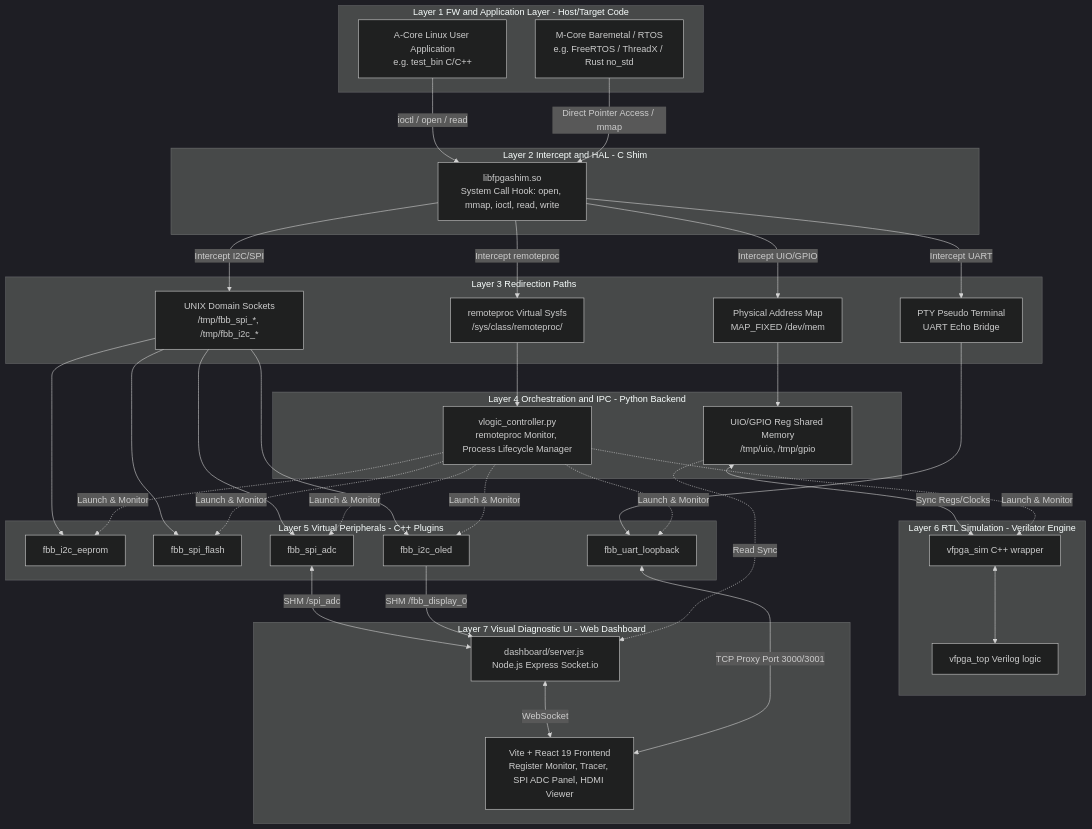
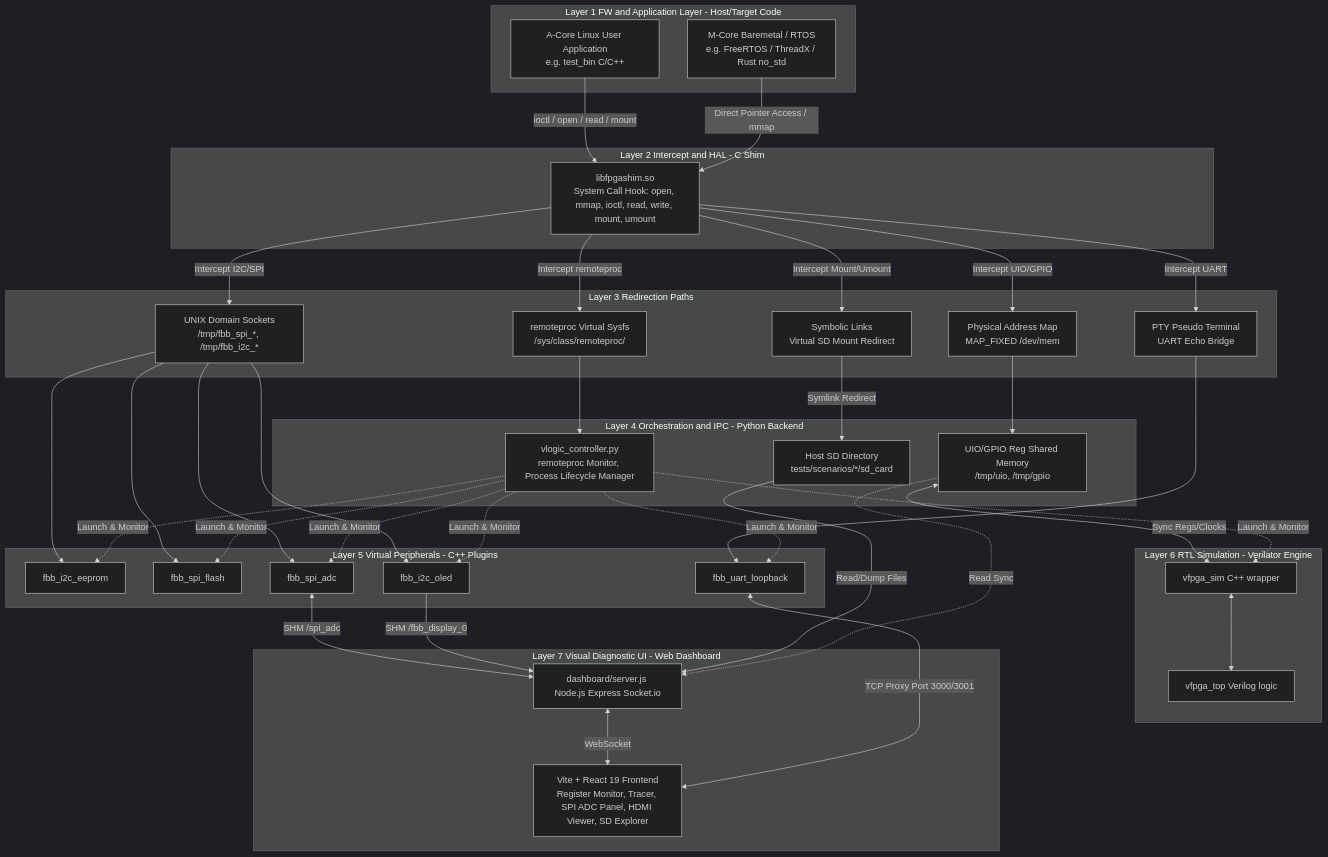
The diagram in ARCHITECTURE_MANIFEST.md (sirosiro/FPGA-BoardlessBench), drawn with Mermaid (dark theme) before and after one commit. The commit also changed 14 other files, not shown here.

First line of the commit message:
feat: Add virtual SD card support and update related files

````diff
--- a/ARCHITECTURE_MANIFEST.md
+++ b/ARCHITECTURE_MANIFEST.md
@@ -88,73 +88,78 @@
 ```mermaid
 graph TD
     %% 1. FW Layer
     subgraph FW_Layer["Layer 1 FW and Application Layer - Host/Target Code"]
         ACore["A-Core Linux User Application<br/>e.g. test_bin C/C++"]
         MCore["M-Core Baremetal / RTOS<br/>e.g. FreeRTOS / ThreadX / Rust no_std"]
     end
 
     %% 2. Shim Layer
     subgraph Shim_Layer["Layer 2 Intercept and HAL - C Shim"]
-        Shim["libfpgashim.so<br/>System Call Hook: open, mmap, ioctl, read, write"]
+        Shim["libfpgashim.so<br/>System Call Hook: open, mmap, ioctl, read, write, mount, umount"]
     end
-
+ 
     %% 3. Communication/Redirection
     subgraph Rel_Layer["Layer 3 Redirection Paths"]
         Path_MEM["Physical Address Map<br/>MAP_FIXED /dev/mem"]
         Path_Sock["UNIX Domain Sockets<br/>/tmp/fbb_spi_*, /tmp/fbb_i2c_*"]
         Path_PTY["PTY Pseudo Terminal<br/>UART Echo Bridge"]
         Path_Remoteproc["remoteproc Virtual Sysfs<br/>/sys/class/remoteproc/"]
+        Path_Symlink["Symbolic Links<br/>Virtual SD Mount Redirect"]
     end
-
+ 
     %% 4. Control & IPC Layer
     subgraph Control_Layer["Layer 4 Orchestration and IPC - Python Backend"]
         SHM_UIO["UIO/GPIO Reg Shared Memory<br/>/tmp/uio, /tmp/gpio"]
         Controller["vlogic_controller.py<br/>remoteproc Monitor, Process Lifecycle Manager"]
+        SD_Dir["Host SD Directory<br/>tests/scenarios/*/sd_card"]
     end
-
+ 
     %% 5. Peripherals (C++ processes)
     subgraph Peripheral_Layer["Layer 5 Virtual Peripherals - C++ Plugins"]
         V_I2C["fbb_i2c_eeprom"]
         V_SPI_Flash["fbb_spi_flash"]
         V_SPI_ADC["fbb_spi_adc"]
         V_UART["fbb_uart_loopback"]
         V_OLED["fbb_i2c_oled"]
     end
-
+ 
     %% 6. RTL Sim Layer
     subgraph RTL_Layer["Layer 6 RTL Simulation - Verilator Engine"]
         Sim_Main["vfpga_sim C++ wrapper"]
         RTL["vfpga_top Verilog logic"]
     end
-
+ 
     %% 7. Web Dashboard Layer
     subgraph Web_Layer["Layer 7 Visual Diagnostic UI - Web Dashboard"]
         WebServer["dashboard/server.js Node.js Express Socket.io"]
-        ReactUI["Vite + React 19 Frontend<br/>Register Monitor, Tracer, SPI ADC Panel, HDMI Viewer"]
+        ReactUI["Vite + React 19 Frontend<br/>Register Monitor, Tracer, SPI ADC Panel, HDMI Viewer, SD Explorer"]
     end
-
+ 
     %% Data/Control Flows
-    ACore -->|ioctl / open / read| Shim
+    ACore -->|ioctl / open / read / mount| Shim
     MCore -->|Direct Pointer Access / mmap| Shim
     
     Shim -->|Intercept UIO/GPIO| Path_MEM
     Shim -->|Intercept I2C/SPI| Path_Sock
     Shim -->|Intercept UART| Path_PTY
     Shim -->|Intercept remoteproc| Path_Remoteproc
-
+    Shim -->|Intercept Mount/Umount| Path_Symlink
+ 
     Path_MEM --> SHM_UIO
     Path_Sock --> V_I2C & V_SPI_Flash & V_SPI_ADC & V_OLED
     Path_PTY --> V_UART
     Path_Remoteproc --> Controller
-
+    Path_Symlink -->|Symlink Redirect| SD_Dir
+ 
     V_SPI_ADC <-->|SHM /spi_adc| WebServer
     V_OLED -->|SHM /fbb_display_0| WebServer
-
+    SD_Dir -->|Read/Dump Files| WebServer
+ 
     SHM_UIO <-->|Sync Regs/Clocks| Sim_Main
     Sim_Main <--> RTL
     Controller -.->|Launch & Monitor| Sim_Main & V_I2C & V_SPI_Flash & V_SPI_ADC & V_UART & V_OLED
-
+ 
     SHM_UIO -.->|Read Sync| WebServer
     WebServer <-->|WebSocket| ReactUI
     V_UART <-->|TCP Proxy Port 3000/3001| ReactUI
 ```
````
